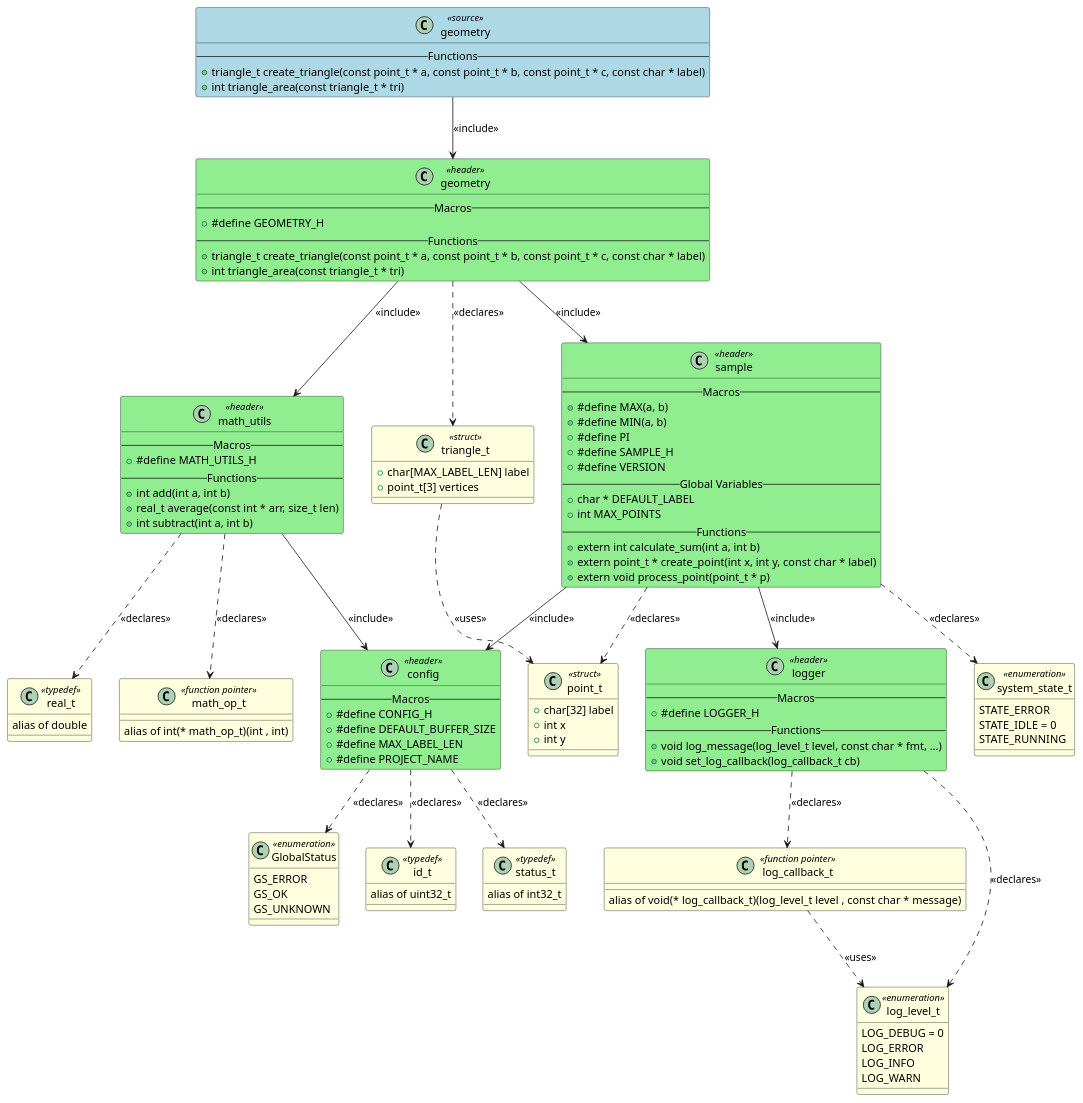
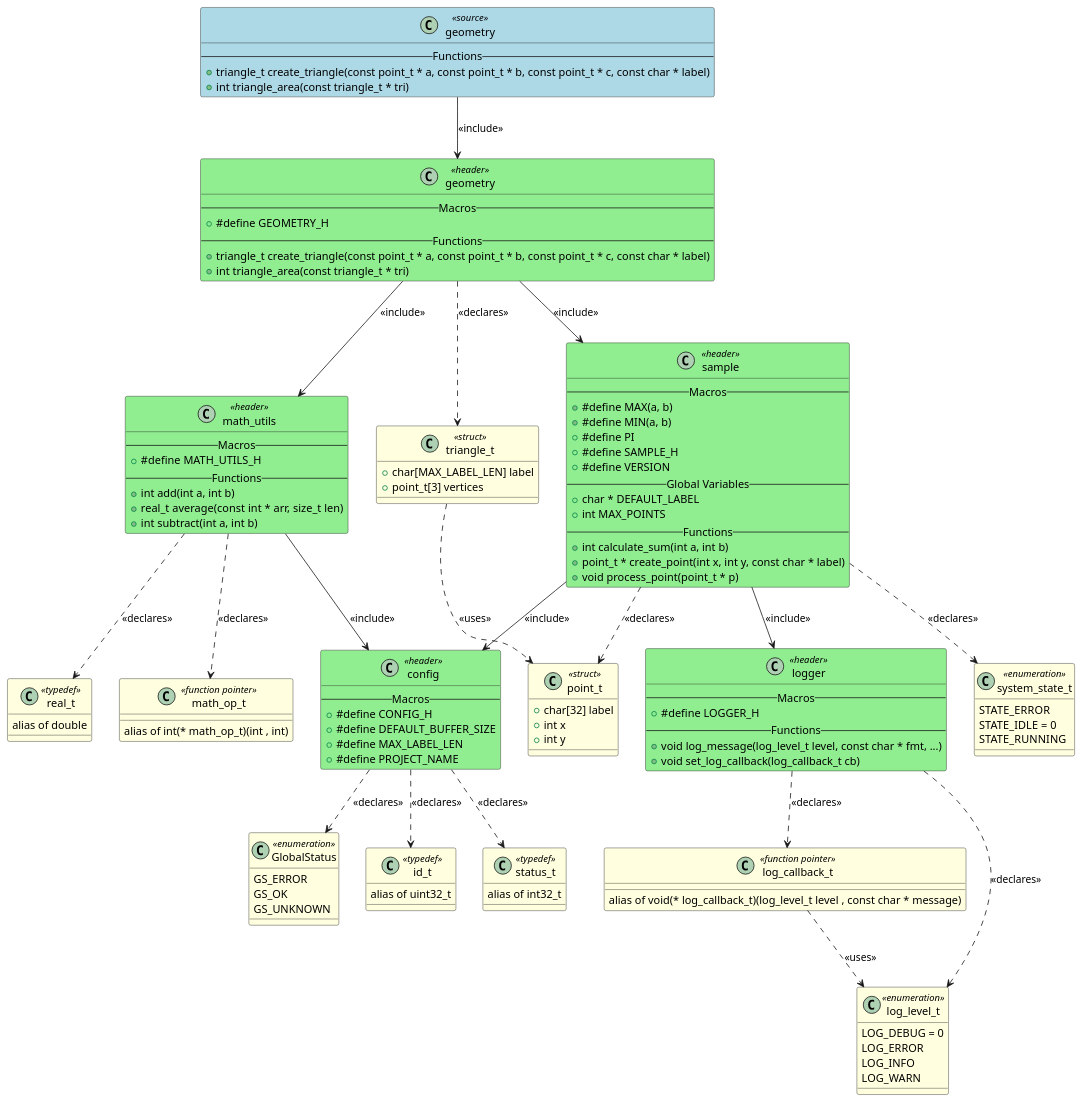
One commit to fischerjooo/c2puml changed the diagram in artifacts/output_example/geometry.puml. Above: the diagram before and after it, drawn with PlantUML. The commit also changed 4 other files, not shown here.

Commit message:
Remove 'extern' keyword from function signatures in UML generation

```diff
--- a/artifacts/output_example/geometry.puml
+++ b/artifacts/output_example/geometry.puml
@@ -1,149 +1,149 @@
 @startuml geometry
 
 class "geometry" as GEOMETRY <<source>> #LightBlue
 {
     -- Functions --
     + triangle_t create_triangle(const point_t * a, const point_t * b, const point_t * c, const char * label)
     + int triangle_area(const triangle_t * tri)
 }
 
 class "config" as HEADER_CONFIG <<header>> #LightGreen
 {
     -- Macros --
     + #define CONFIG_H
     + #define DEFAULT_BUFFER_SIZE
     + #define MAX_LABEL_LEN
     + #define PROJECT_NAME
 }
 
 class "geometry" as HEADER_GEOMETRY <<header>> #LightGreen
 {
     -- Macros --
     + #define GEOMETRY_H
     -- Functions --
     + triangle_t create_triangle(const point_t * a, const point_t * b, const point_t * c, const char * label)
     + int triangle_area(const triangle_t * tri)
 }
 
 class "logger" as HEADER_LOGGER <<header>> #LightGreen
 {
     -- Macros --
     + #define LOGGER_H
     -- Functions --
     + void log_message(log_level_t level, const char * fmt, ...)
     + void set_log_callback(log_callback_t cb)
 }
 
 class "math_utils" as HEADER_MATH_UTILS <<header>> #LightGreen
 {
     -- Macros --
     + #define MATH_UTILS_H
     -- Functions --
     + int add(int a, int b)
     + real_t average(const int * arr, size_t len)
     + int subtract(int a, int b)
 }
 
 class "sample" as HEADER_SAMPLE <<header>> #LightGreen
 {
     -- Macros --
     + #define MAX(a, b)
     + #define MIN(a, b)
     + #define PI
     + #define SAMPLE_H
     + #define VERSION
     -- Global Variables --
     + char * DEFAULT_LABEL
     + int MAX_POINTS
     -- Functions --
-    + extern int calculate_sum(int a, int b)
-    + extern point_t * create_point(int x, int y, const char * label)
-    + extern void process_point(point_t * p)
+    + int calculate_sum(int a, int b)
+    + point_t * create_point(int x, int y, const char * label)
+    + void process_point(point_t * p)
 }
 
 class "GlobalStatus" as TYPEDEF_GLOBALSTATUS <<enumeration>> #LightYellow
 {
     GS_ERROR
     GS_OK
     GS_UNKNOWN
 }
 
 class "id_t" as TYPEDEF_ID_T <<typedef>> #LightYellow
 {
     alias of uint32_t
 }
 
 class "status_t" as TYPEDEF_STATUS_T <<typedef>> #LightYellow
 {
     alias of int32_t
 }
 
 class "triangle_t" as TYPEDEF_TRIANGLE_T <<struct>> #LightYellow
 {
     + char[MAX_LABEL_LEN] label
     + point_t[3] vertices
 }
 
 class "log_level_t" as TYPEDEF_LOG_LEVEL_T <<enumeration>> #LightYellow
 {
     LOG_DEBUG = 0
     LOG_ERROR
     LOG_INFO
     LOG_WARN
 }
 
 class "log_callback_t" as TYPEDEF_LOG_CALLBACK_T <<function pointer>> #LightYellow
 {
     alias of void(* log_callback_t)(log_level_t level , const char * message)
 }
 
 class "math_op_t" as TYPEDEF_MATH_OP_T <<function pointer>> #LightYellow
 {
     alias of int(* math_op_t)(int , int)
 }
 
 class "real_t" as TYPEDEF_REAL_T <<typedef>> #LightYellow
 {
     alias of double
 }
 
 class "point_t" as TYPEDEF_POINT_T <<struct>> #LightYellow
 {
     + char[32] label
     + int x
     + int y
 }
 
 class "system_state_t" as TYPEDEF_SYSTEM_STATE_T <<enumeration>> #LightYellow
 {
     STATE_ERROR
     STATE_IDLE = 0
     STATE_RUNNING
 }
 
 
 ' Include relationships
 GEOMETRY --> HEADER_GEOMETRY : <<include>>
 HEADER_GEOMETRY --> HEADER_MATH_UTILS : <<include>>
 HEADER_GEOMETRY --> HEADER_SAMPLE : <<include>>
 HEADER_MATH_UTILS --> HEADER_CONFIG : <<include>>
 HEADER_SAMPLE --> HEADER_CONFIG : <<include>>
 HEADER_SAMPLE --> HEADER_LOGGER : <<include>>
 
 ' Declaration relationships
 HEADER_CONFIG ..> TYPEDEF_GLOBALSTATUS : <<declares>>
 HEADER_CONFIG ..> TYPEDEF_ID_T : <<declares>>
 HEADER_CONFIG ..> TYPEDEF_STATUS_T : <<declares>>
 HEADER_GEOMETRY ..> TYPEDEF_TRIANGLE_T : <<declares>>
 HEADER_LOGGER ..> TYPEDEF_LOG_LEVEL_T : <<declares>>
 HEADER_LOGGER ..> TYPEDEF_LOG_CALLBACK_T : <<declares>>
 HEADER_MATH_UTILS ..> TYPEDEF_MATH_OP_T : <<declares>>
 HEADER_MATH_UTILS ..> TYPEDEF_REAL_T : <<declares>>
 HEADER_SAMPLE ..> TYPEDEF_POINT_T : <<declares>>
 HEADER_SAMPLE ..> TYPEDEF_SYSTEM_STATE_T : <<declares>>
 
 ' Uses relationships
 TYPEDEF_TRIANGLE_T ..> TYPEDEF_POINT_T : <<uses>>
 TYPEDEF_LOG_CALLBACK_T ..> TYPEDEF_LOG_LEVEL_T : <<uses>>
 
 @enduml
```
